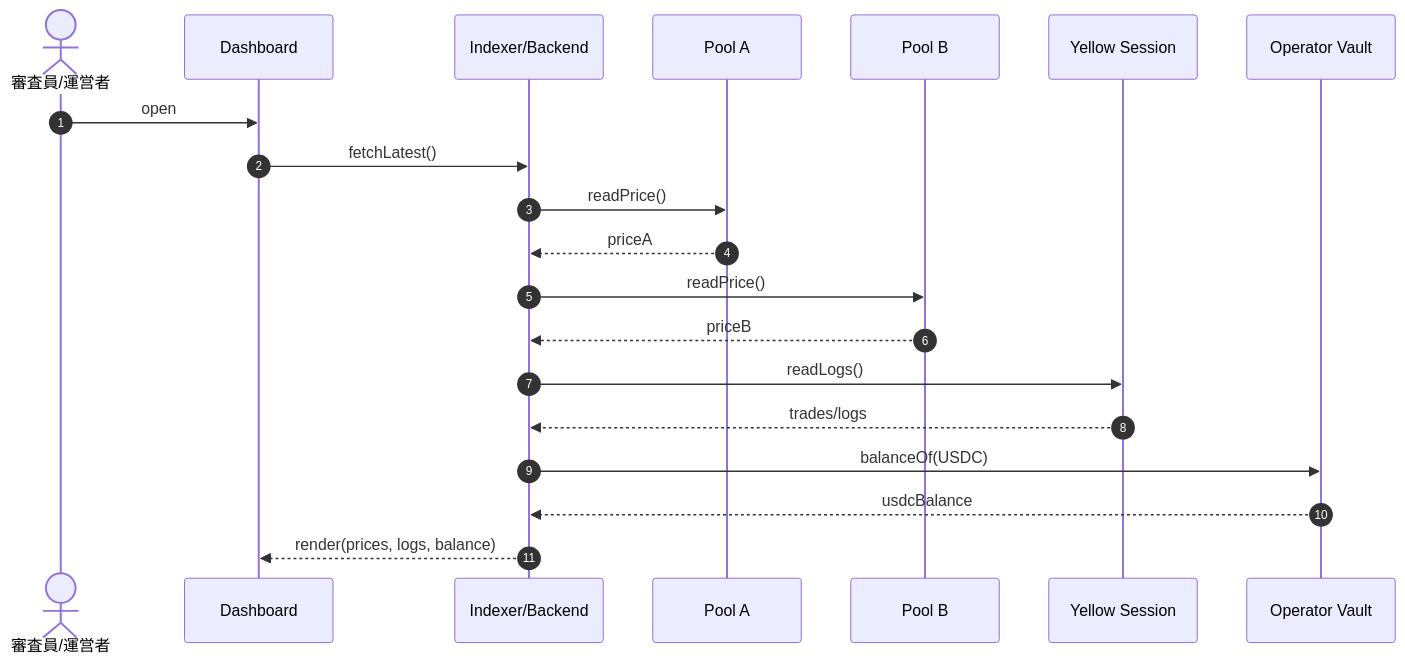
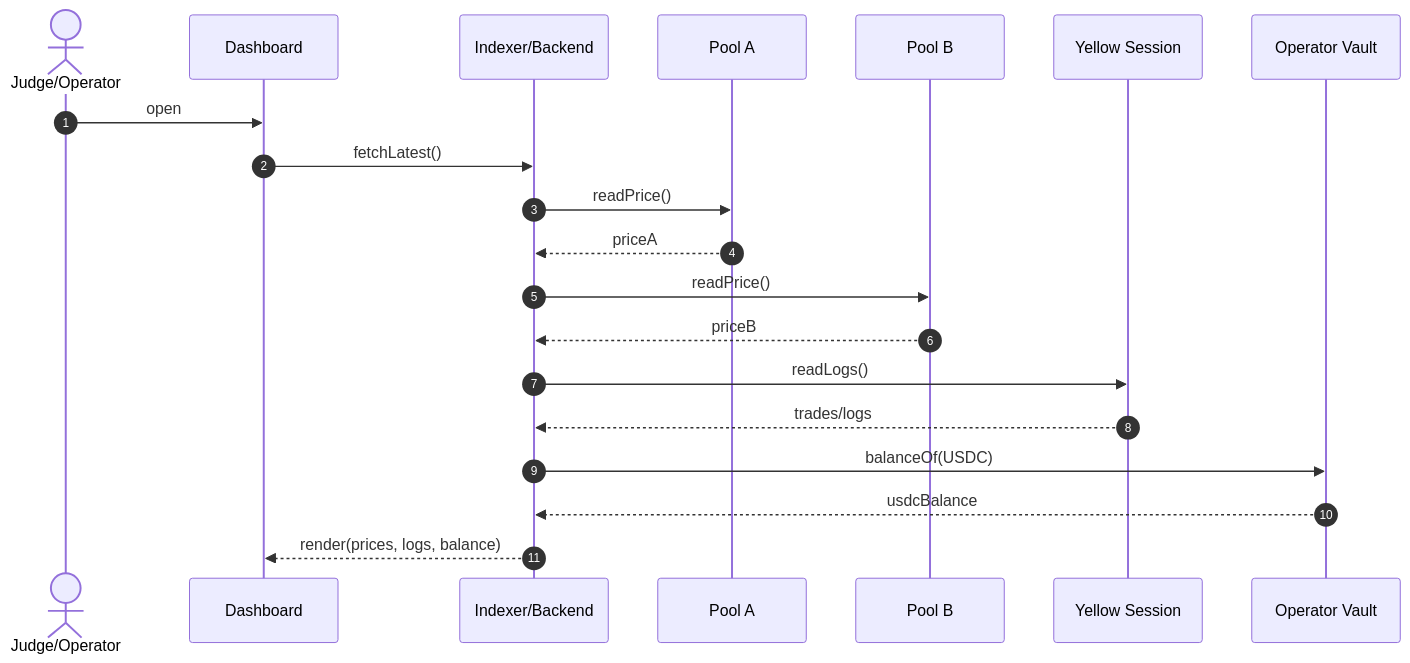
Before and after one commit to mashharuki/hack-money-2026: diagram 11 of 11 in README.md, drawn with Mermaid. The commit also changed other lines of this file and 4 other files, not shown here.

````diff
--- a/README.md
+++ b/README.md
@@ -548,23 +551,23 @@
 ```mermaid
 sequenceDiagram
   autonumber
-  actor User as 審査員/運営者
+  actor User as Judge/Operator
   participant UI as Dashboard
   participant Indexer as Indexer/Backend
   participant PoolA as Pool A
   participant PoolB as Pool B
   participant Session as Yellow Session
   participant Vault as Operator Vault
 
   User->>UI: open
   UI->>Indexer: fetchLatest()
   Indexer->>PoolA: readPrice()
   PoolA-->>Indexer: priceA
   Indexer->>PoolB: readPrice()
   PoolB-->>Indexer: priceB
   Indexer->>Session: readLogs()
   Session-->>Indexer: trades/logs
   Indexer->>Vault: balanceOf(USDC)
   Vault-->>Indexer: usdcBalance
   Indexer-->>UI: render(prices, logs, balance)
 ```
````
